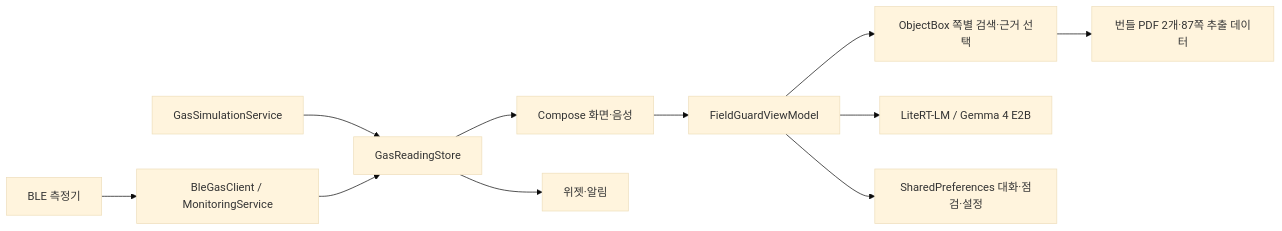
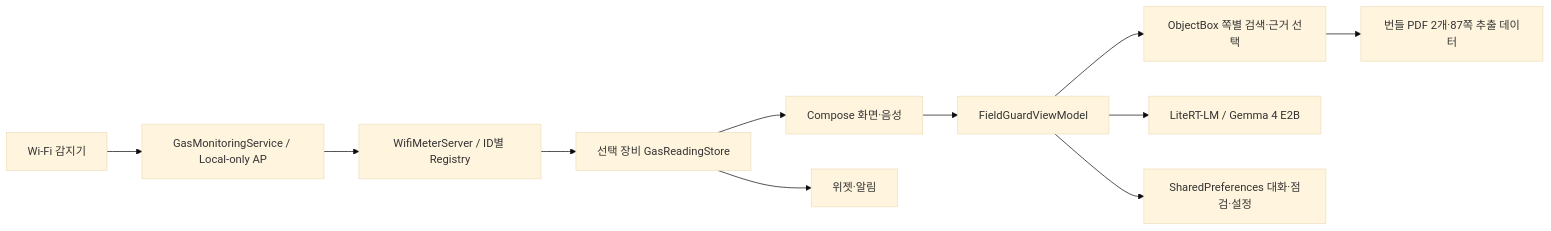
Before and after one commit to minyook/HybridTech: the diagram in docs/ANDROID_APP_SPEC.md, drawn with Mermaid (base theme). The commit also changed other lines of this file and 30 other files, not shown here.

Commit message:
feat(android): replace BLE with local Wi-Fi AP sensor receiver

````diff
--- a/docs/ANDROID_APP_SPEC.md
+++ b/docs/ANDROID_APP_SPEC.md
@@ -50,13 +52,13 @@
 ```mermaid
 flowchart LR
   UI["Compose 화면·음성"] --> VM["FieldGuardViewModel"]
   VM --> RAG["ObjectBox 쪽별 검색·근거 선택"]
   RAG --> PDF["번들 PDF 2개·87쪽 추출 데이터"]
   VM --> LLM["LiteRT-LM / Gemma 4 E2B"]
   VM --> CHAT["SharedPreferences 대화·점검·설정"]
-  METER["BLE 측정기"] --> BLE["BleGasClient / MonitoringService"]
-  DEMO["GasSimulationService"] --> GAS["GasReadingStore"]
-  BLE --> GAS
+  METER["Wi-Fi 감지기"] --> AP["GasMonitoringService / Local-only AP"]
+  AP --> TCP["WifiMeterServer / ID별 Registry"]
+  TCP --> GAS["선택 장비 GasReadingStore"]
   GAS --> UI
   GAS --> WIDGET["위젯·알림"]
 ```
````
